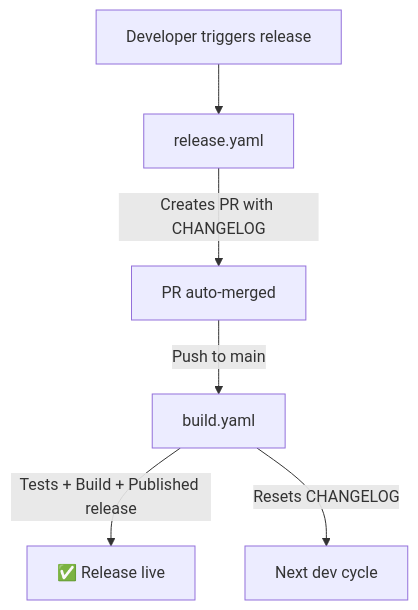
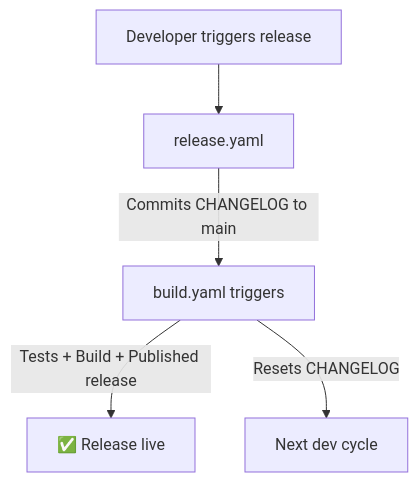
The diagram in docs/RELEASE_PROCESS.md (dianlight/srat), drawn with Mermaid before and after one commit. The commit also changed other lines of this file and 2 other files, not shown here.

First line of the commit message:
👷 ci: streamline release by direct main push

````diff
--- a/docs/RELEASE_PROCESS.md
+++ b/docs/RELEASE_PROCESS.md
@@ -37,8 +37,7 @@
 ```mermaid
 flowchart TD
     A[Developer triggers release] --> B[release.yaml]
-    B -->|Creates PR with CHANGELOG| C[PR auto-merged]
-    C -->|Push to main| D[build.yaml]
-    D -->|Tests + Build + Published release| E[✅ Release live]
-    D -->|Resets CHANGELOG| F[Next dev cycle]
+    B -->|Commits CHANGELOG to main| C[build.yaml triggers]
+    C -->|Tests + Build + Published release| D[✅ Release live]
+    C -->|Resets CHANGELOG| E[Next dev cycle]
 ```
````
